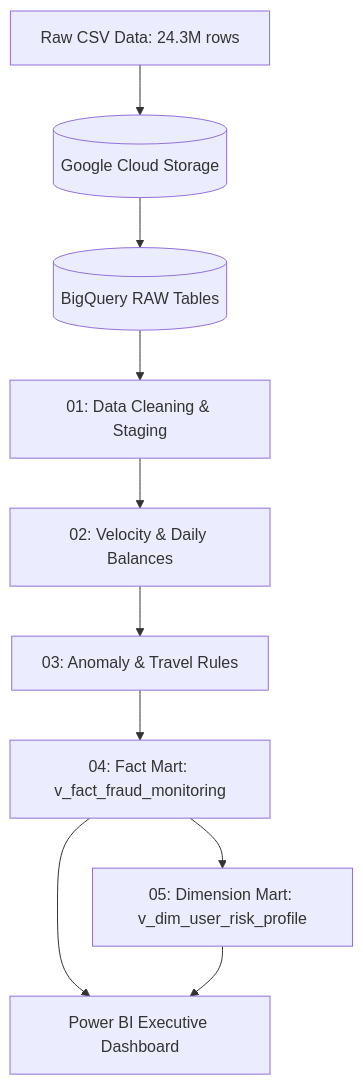
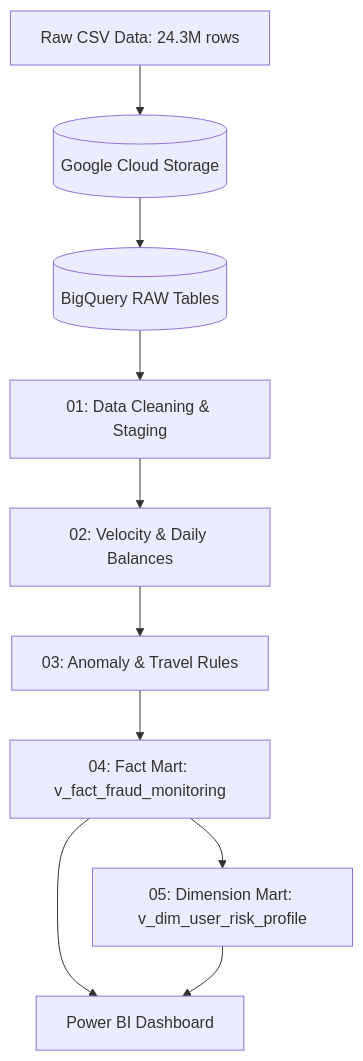
Before and after one commit to MarcinKuriata/banking-fraud-risk-analytics-sql: the diagram in README.md, drawn with Mermaid. The commit also changed other lines of this file, not shown here.

````diff
--- a/README.md
+++ b/README.md
@@ -34,12 +23,12 @@
 ```mermaid
 flowchart TD
     A[Raw CSV Data: 24.3M rows] --> B[(Google Cloud Storage)]
     B --> C[(BigQuery RAW Tables)]
     C --> D[01: Data Cleaning & Staging]
     D --> E[02: Velocity & Daily Balances]
     E --> F[03: Anomaly & Travel Rules]
     F --> G[04: Fact Mart: v_fact_fraud_monitoring]
     G --> H[05: Dimension Mart: v_dim_user_risk_profile]
-    G --> I[Power BI Executive Dashboard]
+    G --> I[Power BI Dashboard]
     H --> I
 ```
````
